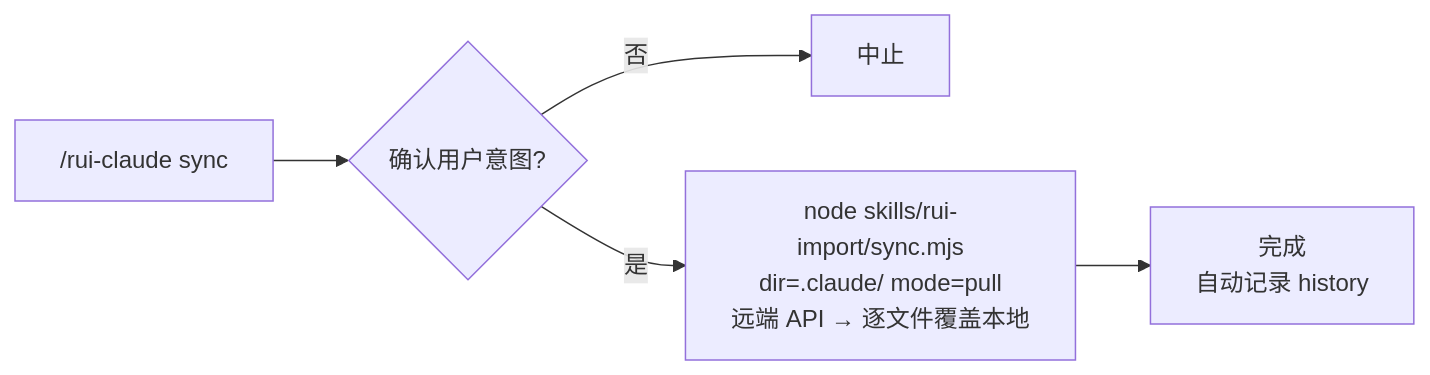
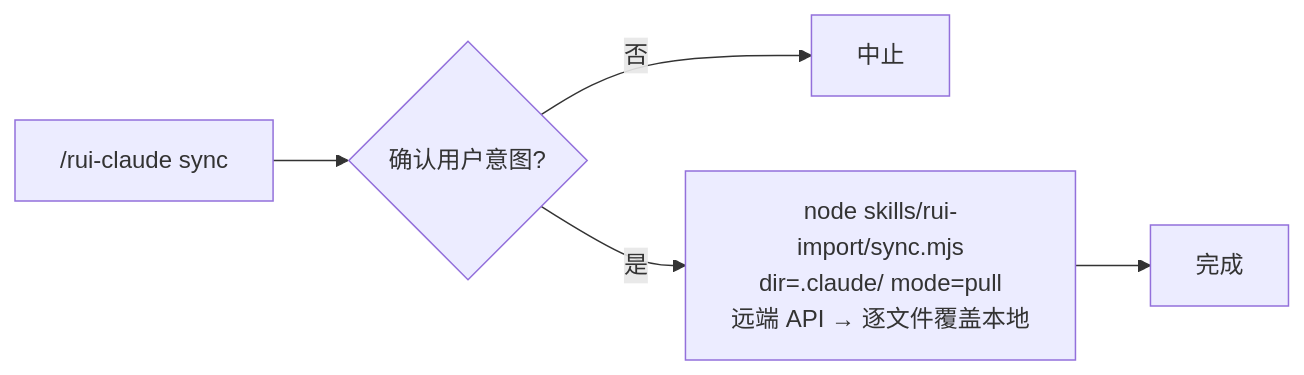
The third of 7 diagrams in skills/rui-claude/SKILL.md (effiy/YrY), drawn with Mermaid before and after one commit. The commit also changed other lines of this file and 91 other files, not shown here.

````diff
--- a/skills/rui-claude/SKILL.md
+++ b/skills/rui-claude/SKILL.md
@@ -65,8 +62,8 @@
 ```mermaid
 flowchart LR
     TRIGGER["/rui-claude sync"]:::src --> CHECK{"确认用户意图?"}
     CHECK -->|"否"| ABORT["中止"]:::abort
     CHECK -->|"是"| PULL["node skills/rui-import/sync.mjs<br/>dir=.claude/ mode=pull<br/>远端 API → 逐文件覆盖本地"]:::op
-    PULL --> DONE["完成<br/>自动记录 history"]:::done
+    PULL --> DONE["完成"]:::done
 
 ```
````
